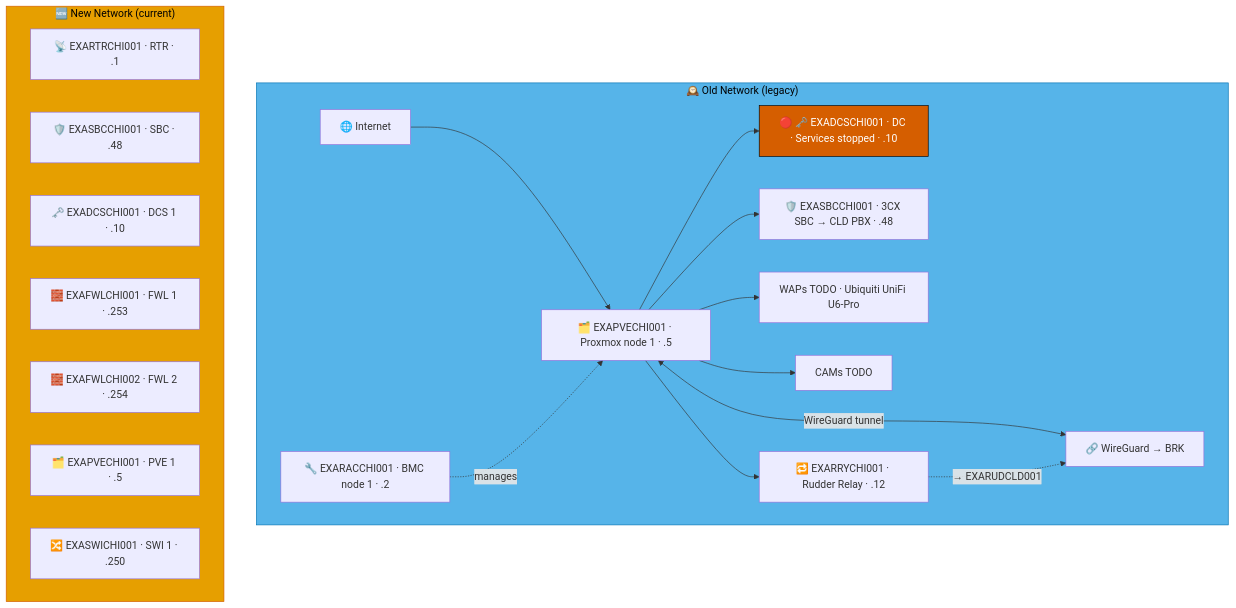
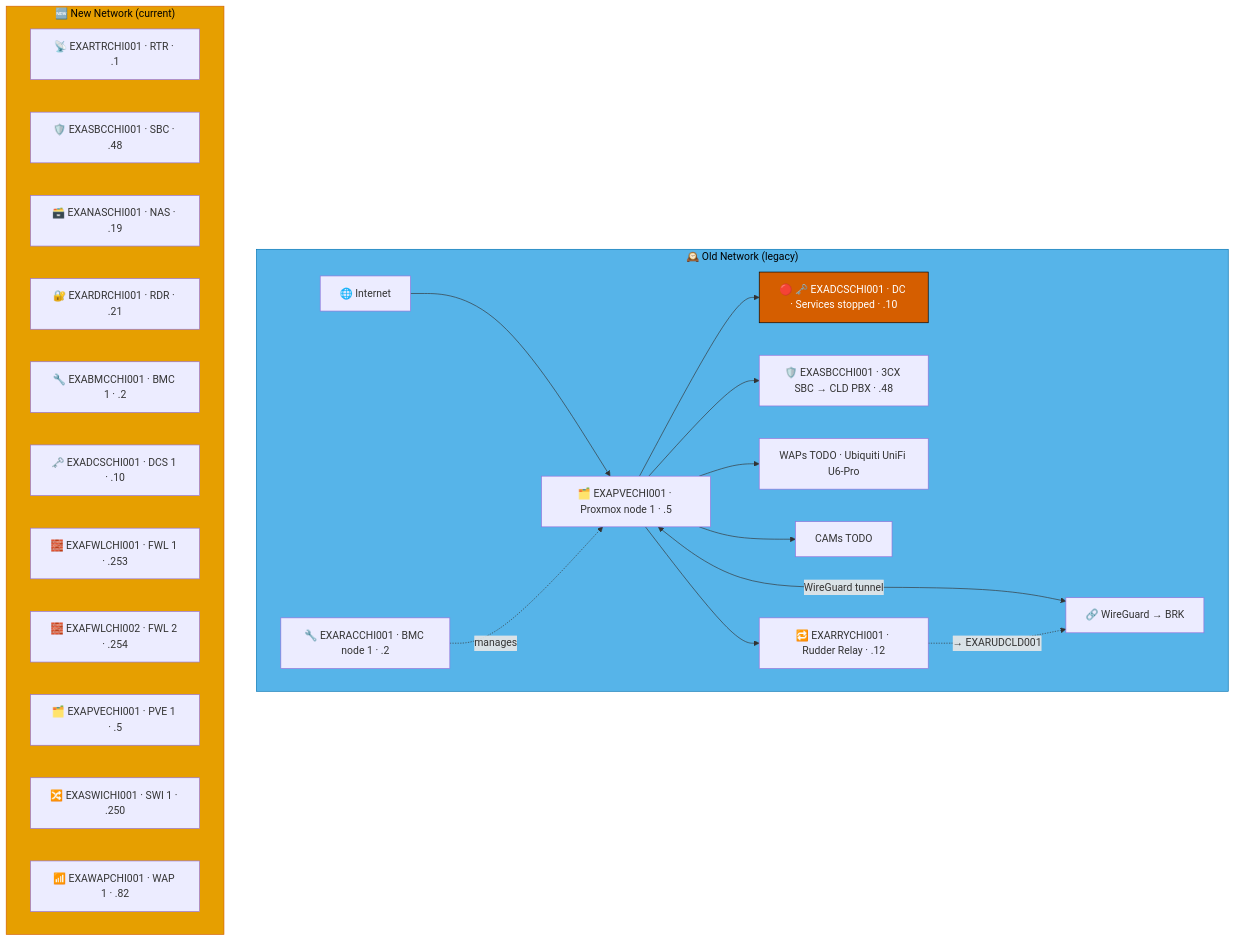
One commit to knightmare2600/example_music_infra changed the sixth of 8 diagrams in docs/network-diagram/united-states.md. Above: the diagram before and after it, drawn with Mermaid. The commit also changed other lines of this file and 15 other files, not shown here.

````diff
--- a/docs/network-diagram/united-states.md
+++ b/docs/network-diagram/united-states.md
@@ -280,37 +300,41 @@
 ```mermaid
 graph TD
     subgraph OLD_CHI ["🕰️ Old Network (legacy)"]
       INET["🌐 Internet"]
       RAC["🔧 EXARACCHI001 · BMC node 1 · .2"]
       PVE["🗂️ EXAPVECHI001 · Proxmox node 1 · .5"]
       DC["🔴 🗝️ EXADCSCHI001 · DC · Services stopped · .10"]
       SBC["🛡️ EXASBCCHI001 · 3CX SBC → CLD PBX · .48"]
       RRY["🔁 EXARRYCHI001 · Rudder Relay · .12"]
       WAP["WAPs TODO · Ubiquiti UniFi U6-Pro"]
       CAM["CAMs TODO"]
       VPN["🔗 WireGuard → BRK"]
 
       INET --> PVE --> DC & SBC
       RAC -.->|"manages"| PVE
       PVE --> WAP & CAM
       PVE <-->|"WireGuard tunnel"| VPN
 
       PVE --> RRY
       RRY -. "→ EXARUDCLD001" .-> VPN
     end
     style OLD_CHI fill:#56B4E9,stroke:#0072B2,color:#000000
     %% GENERATED:NEW-NETWORK:CHI:START
     subgraph NEW_CHI ["🆕 New Network (current)"]
       N_RTR["📡 EXARTRCHI001 · RTR · .1"]
       N_SBC["🛡️ EXASBCCHI001 · SBC · .48"]
+      N_NAS["🗃️ EXANASCHI001 · NAS · .19"]
+      N_RDR["🔐 EXARDRCHI001 · RDR · .21"]
+      N_BMC["🔧 EXABMCCHI001 · BMC 1 · .2"]
       N_DCS["🗝️ EXADCSCHI001 · DCS 1 · .10"]
       N_FWL["🧱 EXAFWLCHI001 · FWL 1 · .253"]
       N_FWL2["🧱 EXAFWLCHI002 · FWL 2 · .254"]
       N_PVE["🗂️ EXAPVECHI001 · PVE 1 · .5"]
       N_SWI["🔀 EXASWICHI001 · SWI 1 · .250"]
+      N_WAP["📶 EXAWAPCHI001 · WAP 1 · .82"]
     end
     style NEW_CHI fill:#E69F00,stroke:#D55E00,color:#000000
     %% GENERATED:NEW-NETWORK:CHI:END
     classDef warn fill:#D55E00,stroke:#000000,color:#ffffff
     class DC warn
 ```
````
